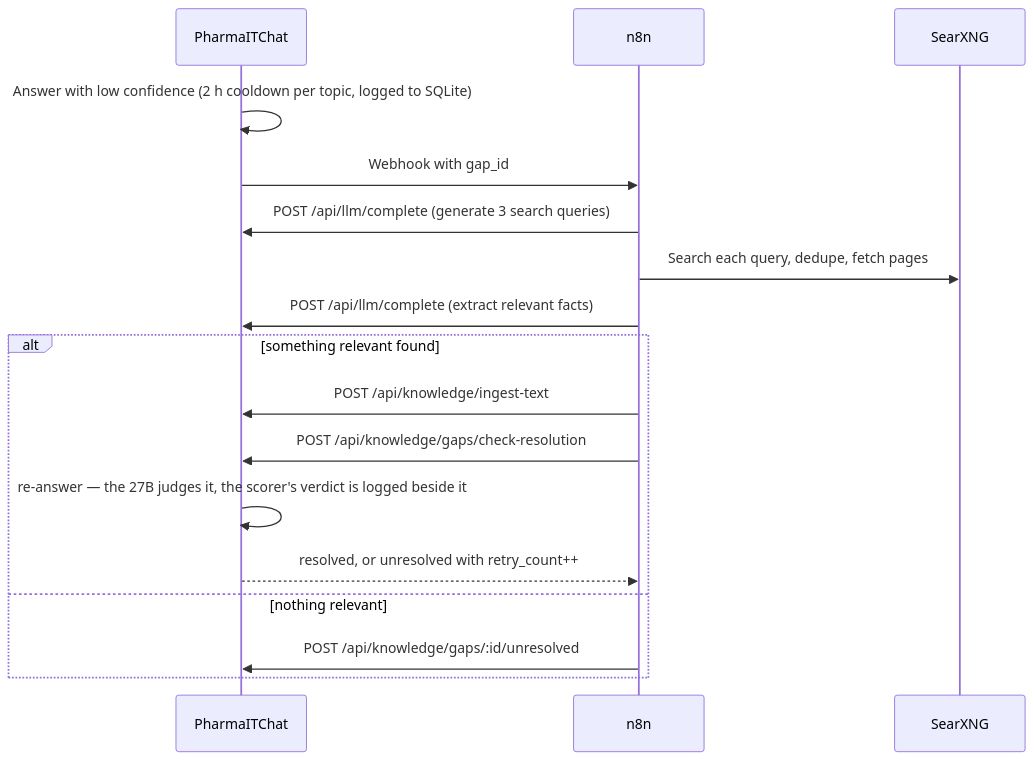
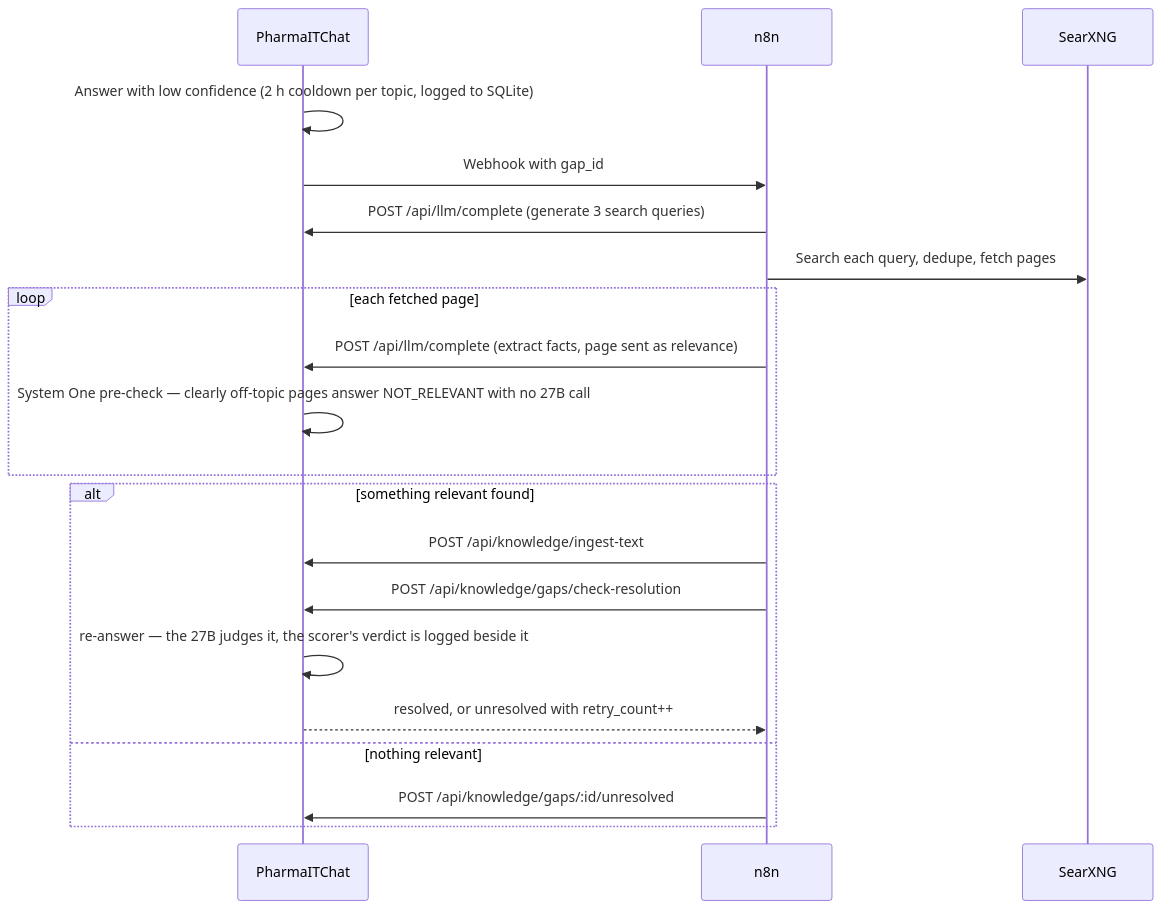
Before and after one commit to sebdallais-git/PharmaIT_Chat_and_Digest: the tenth of 11 diagrams in README.md, drawn with Mermaid. The commit also changed other lines of this file, not shown here.

First line of the commit message:
docs: redo the README header and diagram every workflow

````diff
--- a/README.md
+++ b/README.md
@@ -386,19 +555,22 @@
 ```mermaid
 sequenceDiagram
     participant App as PharmaITChat
     participant N as n8n
     participant S as SearXNG
     App->>App: Answer with low confidence (2 h cooldown per topic, logged to SQLite)
     App->>N: Webhook with gap_id
     N->>App: POST /api/llm/complete (generate 3 search queries)
     N->>S: Search each query, dedupe, fetch pages
-    N->>App: POST /api/llm/complete (extract relevant facts)
+    loop each fetched page
+        N->>App: POST /api/llm/complete (extract facts, page sent as relevance)
+        App->>App: System One pre-check — clearly off-topic pages answer NOT_RELEVANT with no 27B call
+    end
     alt something relevant found
         N->>App: POST /api/knowledge/ingest-text
         N->>App: POST /api/knowledge/gaps/check-resolution
         App->>App: re-answer — the 27B judges it, the scorer's verdict is logged beside it
         App-->>N: resolved, or unresolved with retry_count++
     else nothing relevant
         N->>App: POST /api/knowledge/gaps/:id/unresolved
     end
 ```
````
